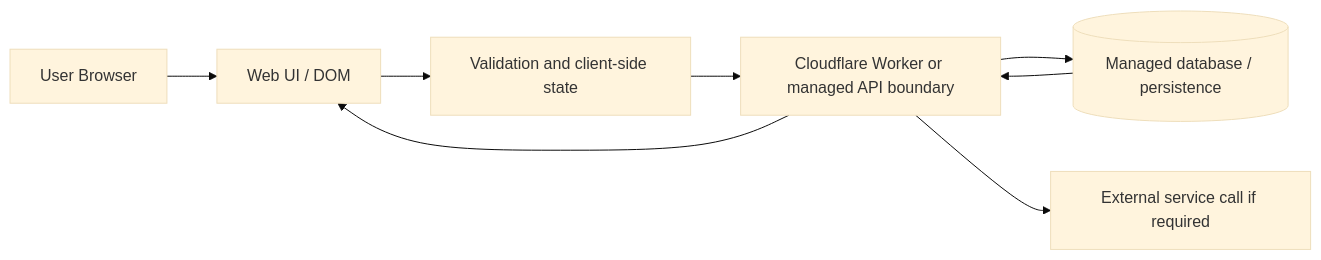
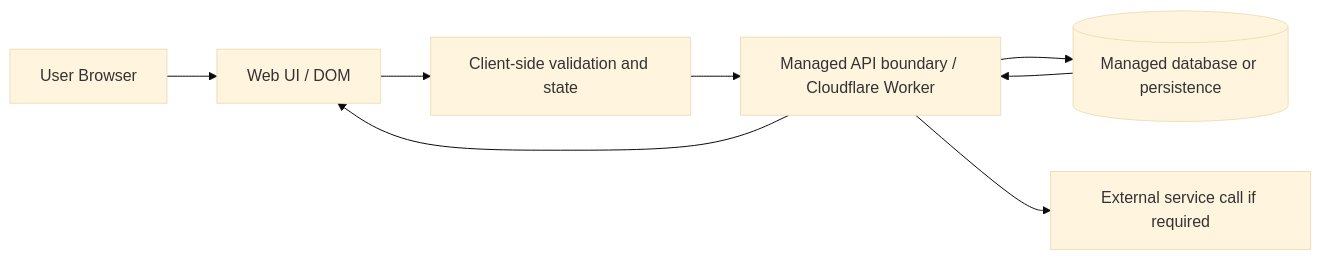
The diagram in context/STANDARDS.md (mehtaaashi05/mgt3745-team-Alpha-), drawn with Mermaid (base theme) before and after one commit. The commit also changed other lines of this file and 4 other files, not shown here.

Commit message:
Correct the architecture and implementer docs so they match the repository standards and the project context.

````diff
--- a/context/STANDARDS.md
+++ b/context/STANDARDS.md
@@ -71,10 +66,10 @@
 ```mermaid
 flowchart LR
     U[User Browser] --> UI[Web UI / DOM]
-    UI --> V[Validation and client-side state]
-    V --> P[Cloudflare Worker or managed API boundary]
-    P --> D[(Managed database / persistence)]
+    UI --> V[Client-side validation and state]
+    V --> P[Managed API boundary / Cloudflare Worker]
+    P --> D[(Managed database or persistence)]
     P --> E[External service call if required]
     D --> P
     P --> UI
 ```
````
